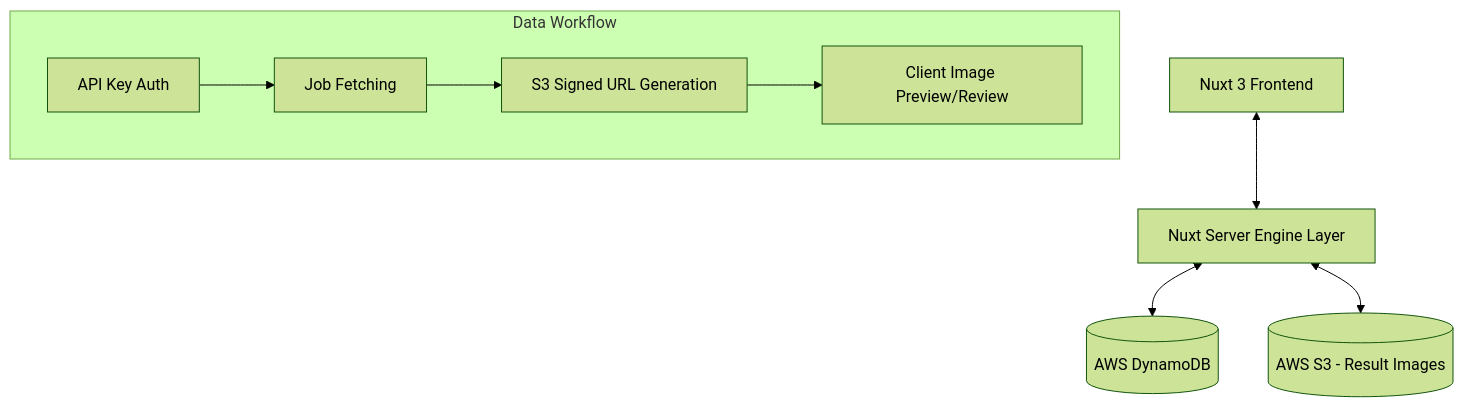
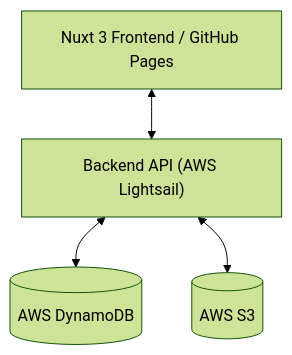
Before and after one commit to THM-AI-FITTING/ai-fitting-admin: the diagram in README.md, drawn with Mermaid (forest theme). The commit also changed other lines of this file, not shown here.

Commit message:
docs: update README with current architecture and backend domain

````diff
--- a/README.md
+++ b/README.md
@@ -37,12 +31,6 @@
 ```mermaid
 graph TD
-    Client[Nuxt 3 Frontend] <--> API[Nuxt Server Engine Layer]
-    API <--> DynamoDB[(AWS DynamoDB)]
-    API <--> S3[(AWS S3 - Result Images)]
-    
-    subgraph "Data Workflow"
-    D1[API Key Auth] --> D2[Job Fetching]
-    D2 --> D3[S3 Signed URL Generation]
-    D3 --> D4[Client Image Preview/Review]
-    end
+    Client[Nuxt 3 Frontend / GitHub Pages] <--> Backend["Backend API (AWS Lightsail)"]
+    Backend <--> DynamoDB[(AWS DynamoDB)]
+    Backend <--> S3[(AWS S3)]
 ```
````
